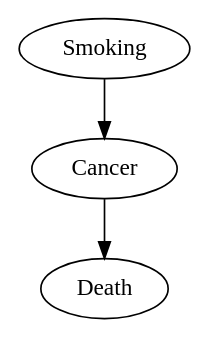
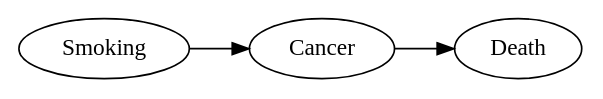
One commit to omesner/UMSTATS504 changed the first of 2 diagrams in highDim/highDim.Rmd. Above: the diagram before and after it, drawn with Graphviz. The commit also changed other lines of this file and 4 other files, not shown here.

````diff
--- a/highDim/highDim.Rmd
+++ b/highDim/highDim.Rmd
@@ -444,6 +597,7 @@
-```{dot chain, echo=FALSE, out.width = '20%'}
+```{dot chain, echo=FALSE, out.width = '60%'}
 digraph G {
+  rankdir="LR"
   Smoking -> Cancer
   Cancer -> Death
 }
 ```
````
